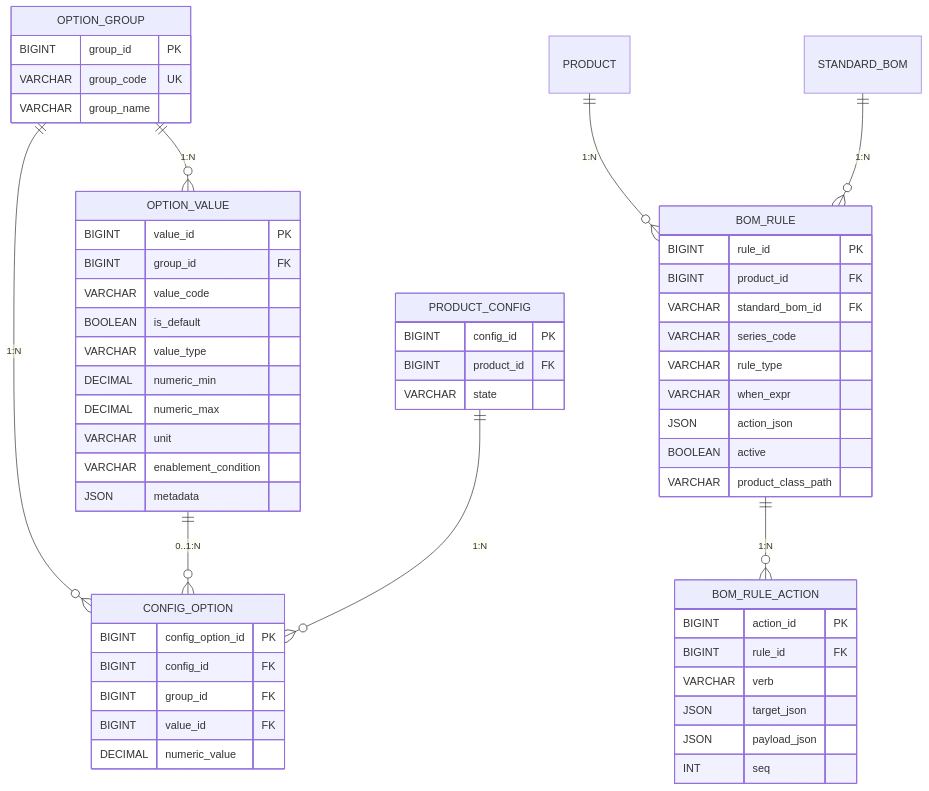
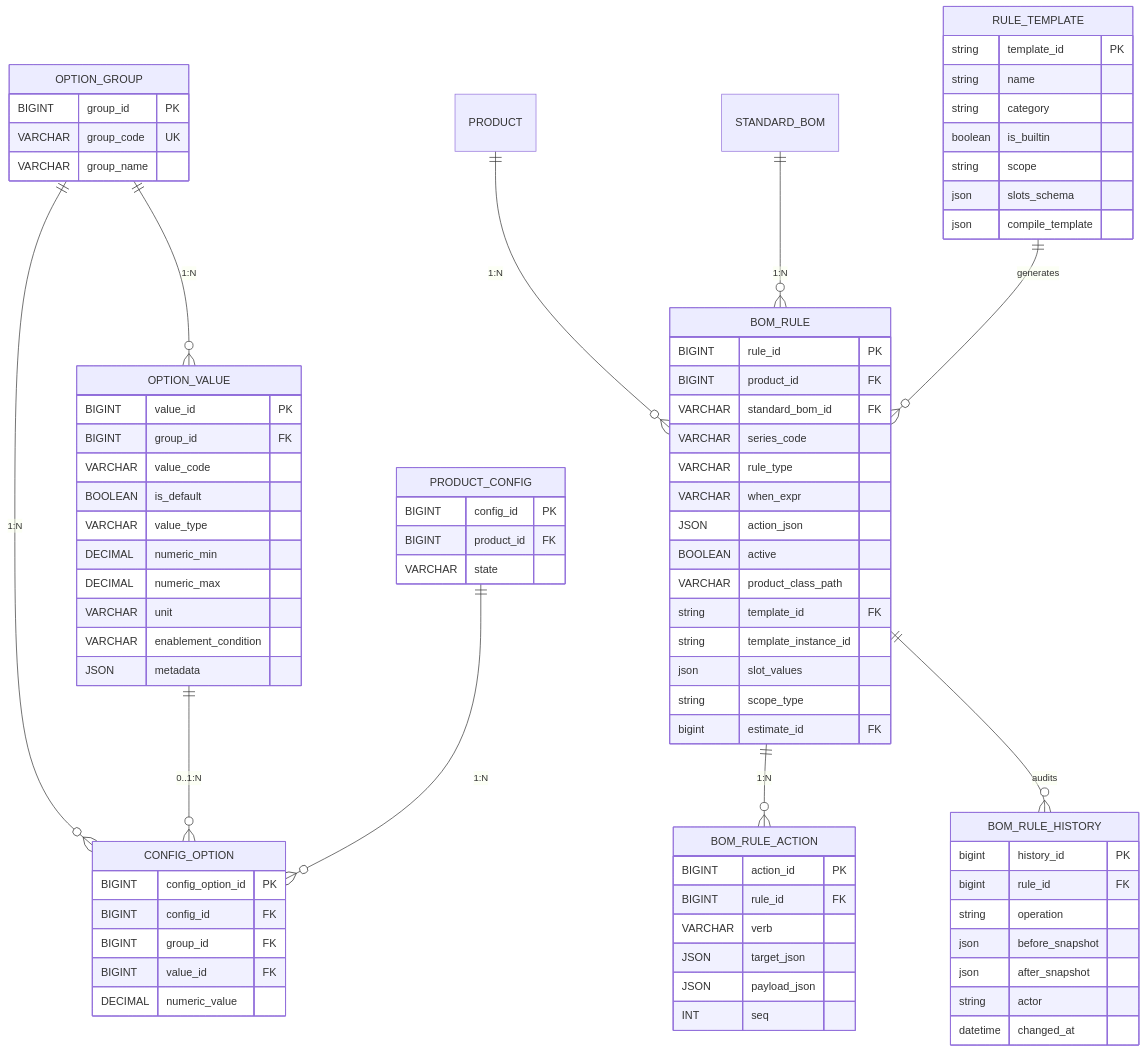
The second of 5 diagrams in docs/3_DE(설계)/DE32-1_BOM도메인_ER다이어그램_v1.0.md (team-codecraft/wims2.0), drawn with Mermaid before and after one commit. The commit also changed other lines of this file and 8 other files, not shown here.

```diff
--- a/docs/3_DE(설계)/DE32-1_BOM도메인_ER다이어그램_v1.0.md
+++ b/docs/3_DE(설계)/DE32-1_BOM도메인_ER다이어그램_v1.0.md
@@ -491,6 +538,8 @@
     PRODUCT ||--o{ BOM_RULE : "1:N"
     STANDARD_BOM ||--o{ BOM_RULE : "1:N"
     BOM_RULE ||--o{ BOM_RULE_ACTION : "1:N"
+    RULE_TEMPLATE ||--o{ BOM_RULE : "generates"
+    BOM_RULE ||--o{ BOM_RULE_HISTORY : "audits"
 
     OPTION_GROUP {
         BIGINT group_id PK
@@ -519,6 +568,29 @@
         JSON action_json
         BOOLEAN active
         VARCHAR product_class_path
+        string template_id FK
+        string template_instance_id
+        json slot_values
+        string scope_type
+        bigint estimate_id FK
+    }
+    RULE_TEMPLATE {
+        string template_id PK
+        string name
+        string category
+        boolean is_builtin
+        string scope
+        json slots_schema
+        json compile_template
+    }
+    BOM_RULE_HISTORY {
+        bigint history_id PK
+        bigint rule_id FK
+        string operation
+        json before_snapshot
+        json after_snapshot
+        string actor
+        datetime changed_at
     }
     BOM_RULE_ACTION {
         BIGINT action_id PK
```
